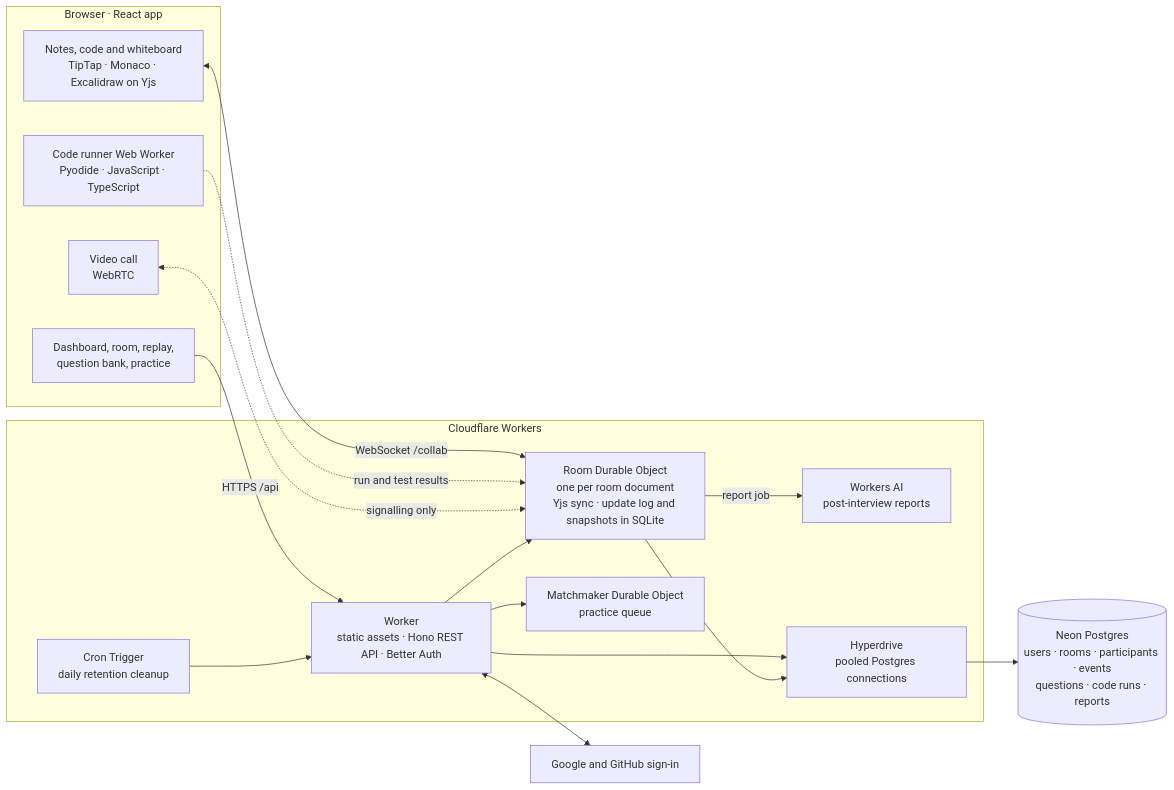
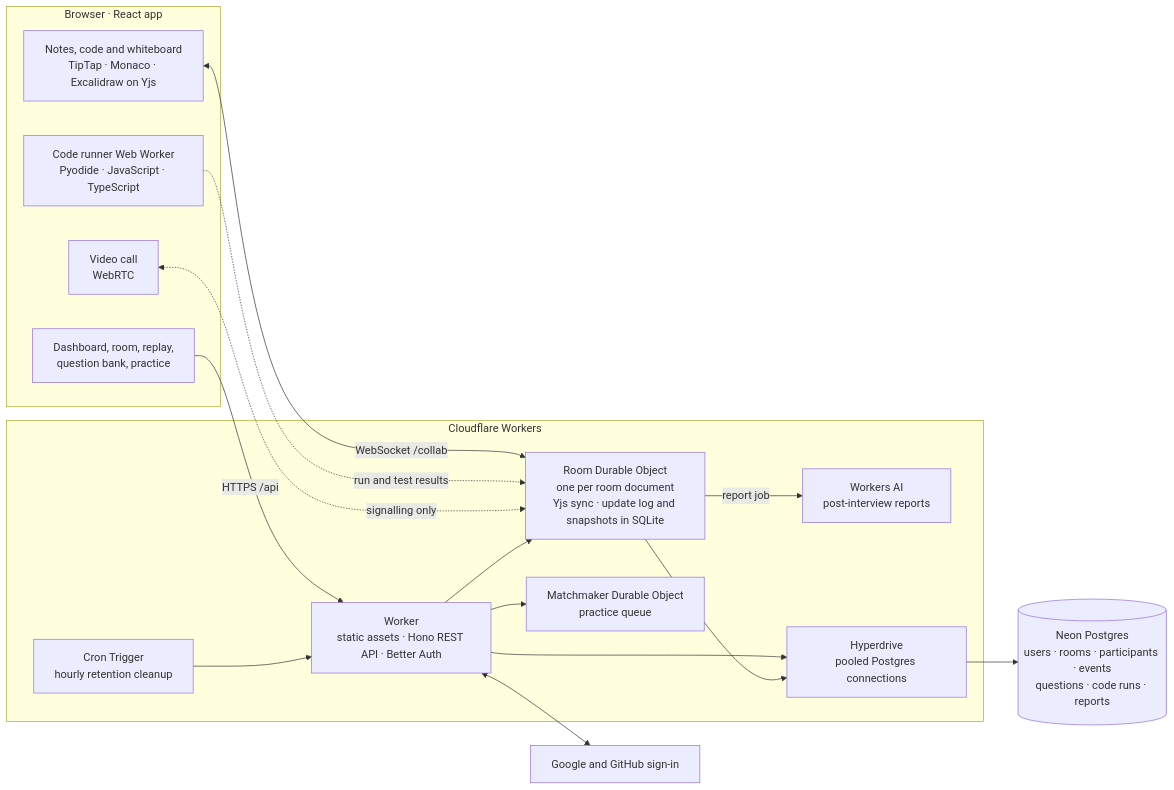
One commit to RoshanKarthik/SideBySide changed the diagram in README.md. Above: the diagram before and after it, drawn with Mermaid. The commit also changed other lines of this file and 2 other files, not shown here.

Commit message:
Run the retention cleanup every hour instead of once a day

````diff
--- a/README.md
+++ b/README.md
@@ -75,34 +75,34 @@
 ```mermaid
 flowchart LR
   subgraph browser["Browser · React app"]
     pages["Dashboard, room, replay,<br/>question bank, practice"]
     editors["Notes, code and whiteboard<br/>TipTap · Monaco · Excalidraw on Yjs"]
     runner["Code runner Web Worker<br/>Pyodide · JavaScript · TypeScript"]
     video["Video call<br/>WebRTC"]
   end
 
   subgraph cloudflare["Cloudflare Workers"]
     worker["Worker<br/>static assets · Hono REST API · Better Auth"]
     room["Room Durable Object<br/>one per room document<br/>Yjs sync · update log and snapshots in SQLite"]
     matchmaker["Matchmaker Durable Object<br/>practice queue"]
-    cron["Cron Trigger<br/>daily retention cleanup"]
+    cron["Cron Trigger<br/>hourly retention cleanup"]
     ai["Workers AI<br/>post-interview reports"]
     hyperdrive["Hyperdrive<br/>pooled Postgres connections"]
   end
 
   postgres[("Neon Postgres<br/>users · rooms · participants · events<br/>questions · code runs · reports")]
   oauth["Google and GitHub sign-in"]
 
   pages -- "HTTPS /api" --> worker
   editors <-- "WebSocket /collab" --> room
   runner -. "run and test results" .-> room
   video <-. "signalling only" .-> room
   worker --> room
   worker --> matchmaker
   worker <--> oauth
   cron --> worker
   room -- "report job" --> ai
   worker --> hyperdrive
   room --> hyperdrive
   hyperdrive --> postgres
 ```
````
